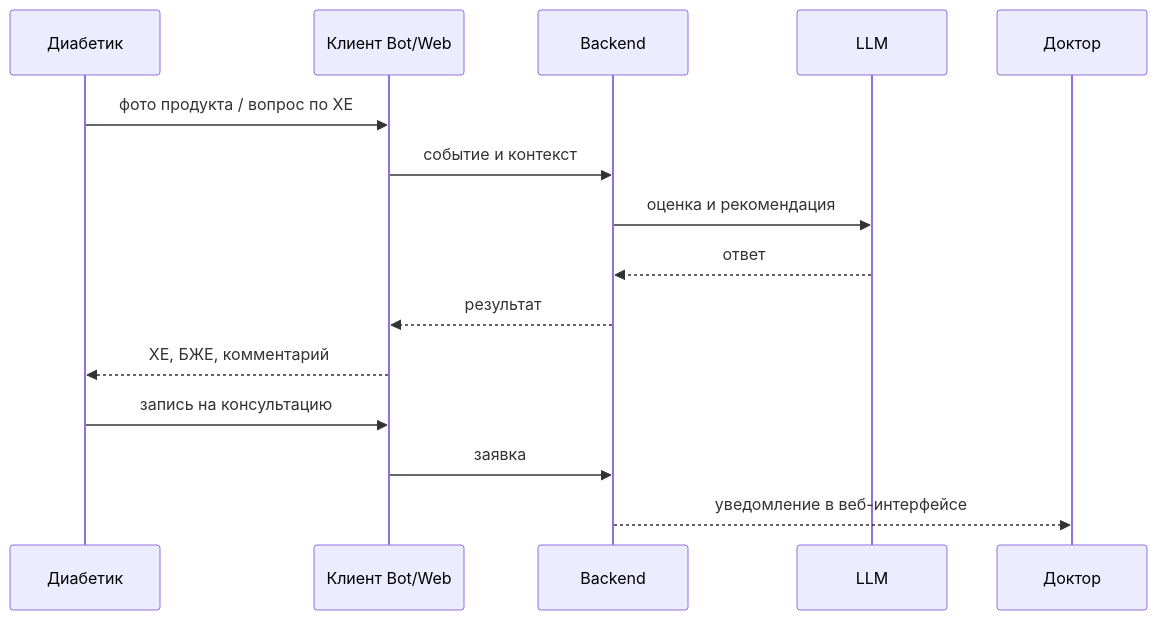
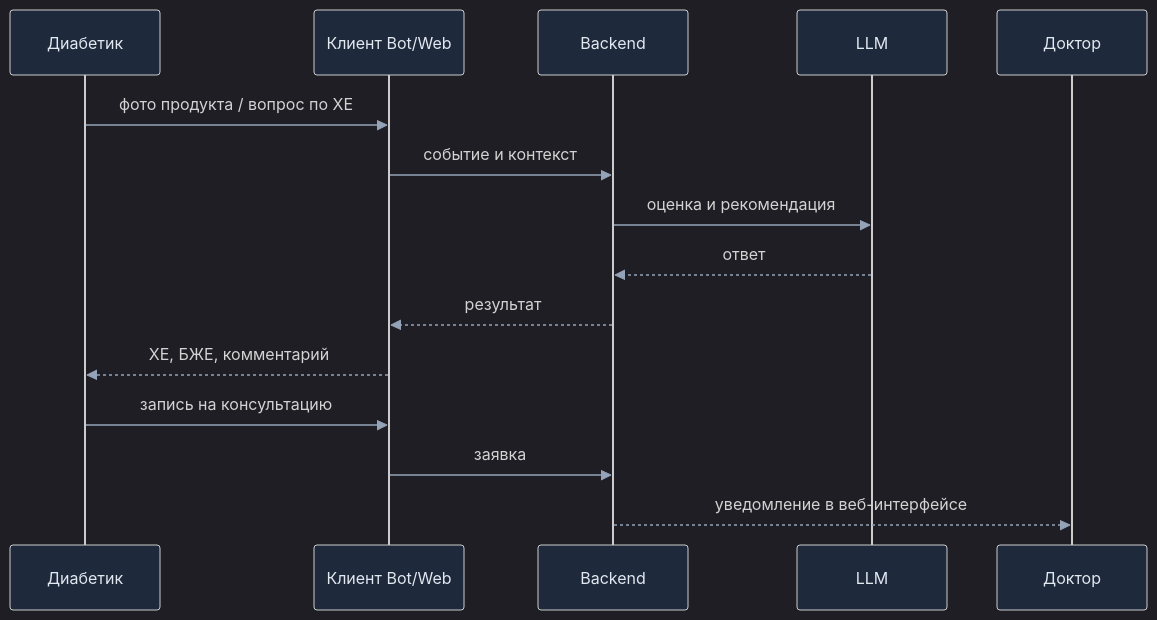
One commit to zatulik2606/diaai changed the third of 6 diagrams in docs/vision.md. Above: the diagram before and after it, drawn with Mermaid. The commit also changed other lines of this file, not shown here.

````diff
--- a/docs/vision.md
+++ b/docs/vision.md
@@ -96,19 +98,20 @@
 ```mermaid
+%%{init: {'theme': 'dark', 'themeVariables': {'primaryTextColor': '#e2e8f0', 'lineColor': '#94a3b8', 'background': '#0f172a', 'mainBkg': '#1e293b', 'nodeBorder': '#475569', 'actorTextColor': '#e2e8f0', 'signalColor': '#94a3b8', 'noteBkgColor': '#334155'}}}%%
 sequenceDiagram
     participant D as Диабетик
     participant C as Клиент Bot/Web
     participant B as Backend
     participant L as LLM
     participant Doc as Доктор
 
     D->>C: фото продукта / вопрос по ХЕ
     C->>B: событие и контекст
     B->>L: оценка и рекомендация
     L-->>B: ответ
     B-->>C: результат
     C-->>D: ХЕ, БЖЕ, комментарий
 
     D->>C: запись на консультацию
     C->>B: заявка
     B-->>Doc: уведомление в веб-интерфейсе
 ```
````
